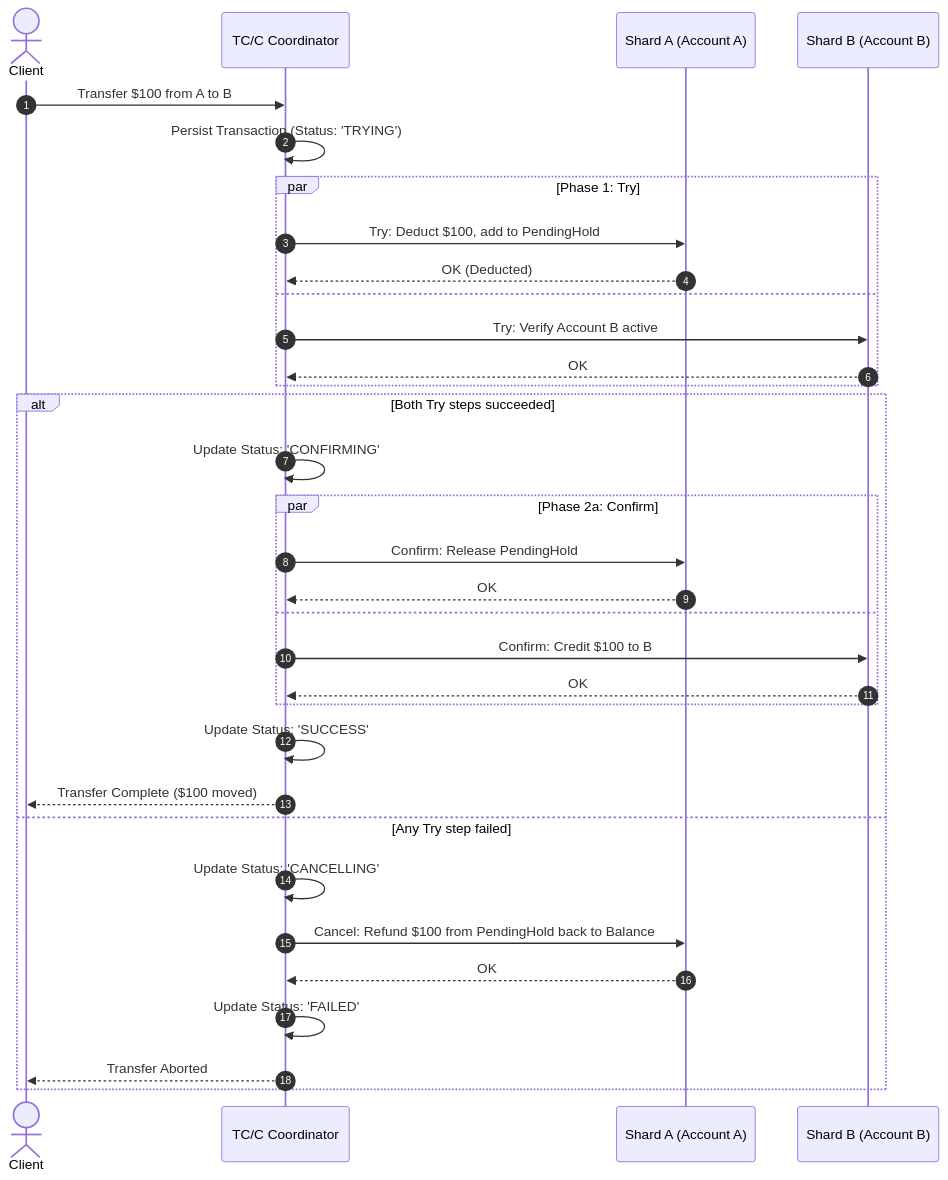
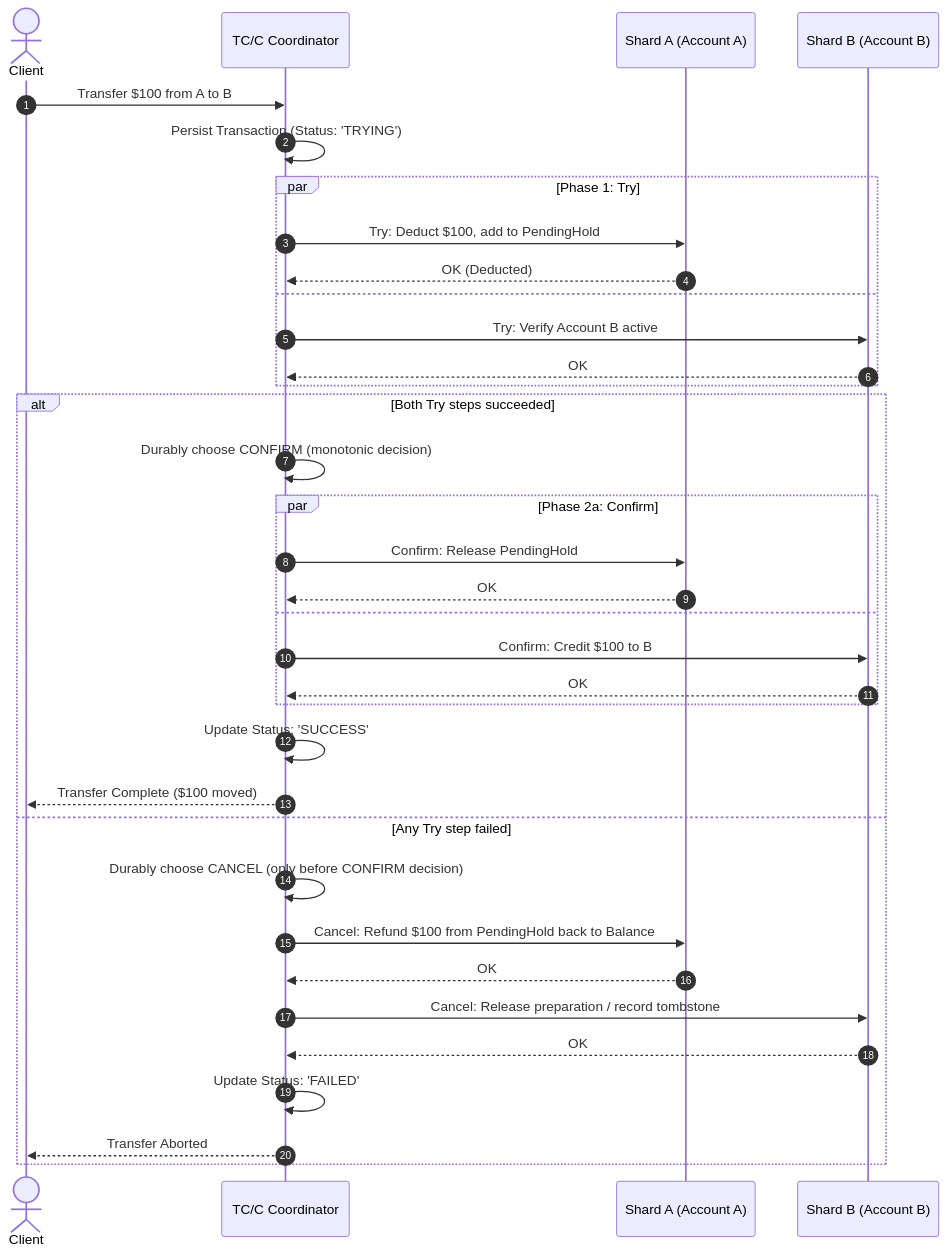
The first of 3 diagrams in 27.  Digital Wallet/README.md (abhinnaagrawal/system-design-notes), drawn with Mermaid before and after one commit. The commit also changed other lines of this file and 83 other files, not shown here.

````diff
--- a/27.  Digital Wallet/README.md
+++ b/27.  Digital Wallet/README.md
@@ -152,38 +156,40 @@
 ```mermaid
 sequenceDiagram
     autonumber
     actor Client
     participant Coord as TC/C Coordinator
     participant ShardA as Shard A (Account A)
     participant ShardB as Shard B (Account B)
 
     Client->>Coord: Transfer $100 from A to B
     Coord->>Coord: Persist Transaction (Status: 'TRYING')
     
     par Phase 1: Try
         Coord->>ShardA: Try: Deduct $100, add to PendingHold
         ShardA-->>Coord: OK (Deducted)
     and
         Coord->>ShardB: Try: Verify Account B active
         ShardB-->>Coord: OK
     end
 
     alt Both Try steps succeeded
-        Coord->>Coord: Update Status: 'CONFIRMING'
+        Coord->>Coord: Durably choose CONFIRM (monotonic decision)
         par Phase 2a: Confirm
             Coord->>ShardA: Confirm: Release PendingHold
             ShardA-->>Coord: OK
         and
             Coord->>ShardB: Confirm: Credit $100 to B
             ShardB-->>Coord: OK
         end
         Coord->>Coord: Update Status: 'SUCCESS'
         Coord-->>Client: Transfer Complete ($100 moved)
     else Any Try step failed
-        Coord->>Coord: Update Status: 'CANCELLING'
+        Coord->>Coord: Durably choose CANCEL (only before CONFIRM decision)
         Coord->>ShardA: Cancel: Refund $100 from PendingHold back to Balance
         ShardA-->>Coord: OK
+        Coord->>ShardB: Cancel: Release preparation / record tombstone
+        ShardB-->>Coord: OK
         Coord->>Coord: Update Status: 'FAILED'
         Coord-->>Client: Transfer Aborted
     end
 ```
````
